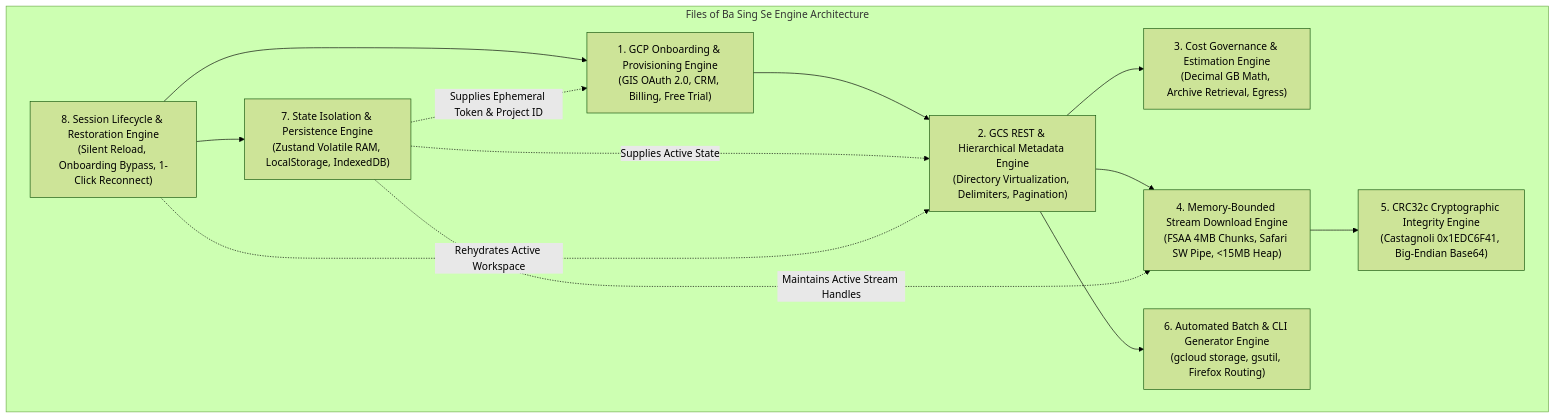
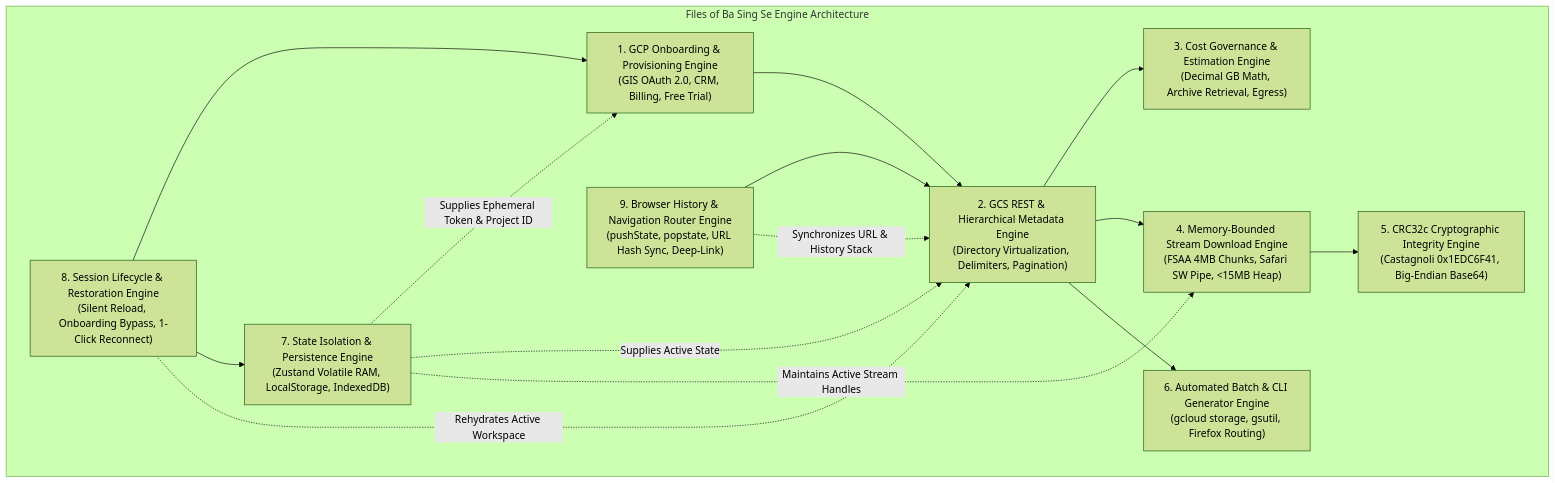
One commit to NovaLogicDev/FilesOfBaSingSe changed the first of 8 diagrams in docs/requirements/system_engines_design_specification.md. Above: the diagram before and after it, drawn with Mermaid (forest theme). The commit also changed other lines of this file and 10 other files, not shown here.

Commit message:
docs: add Module 11 Browser History API, URL routing & deep-linking specification

````diff
--- a/docs/requirements/system_engines_design_specification.md
+++ b/docs/requirements/system_engines_design_specification.md
@@ -10,25 +10,28 @@
 ```mermaid
 flowchart TD
     subgraph CoreEngines ["Files of Ba Sing Se Engine Architecture"]
         E1["1. GCP Onboarding & Provisioning Engine\n(GIS OAuth 2.0, CRM, Billing, Free Trial)"]
         E2["2. GCS REST & Hierarchical Metadata Engine\n(Directory Virtualization, Delimiters, Pagination)"]
         E3["3. Cost Governance & Estimation Engine\n(Decimal GB Math, Archive Retrieval, Egress)"]
         E4["4. Memory-Bounded Stream Download Engine\n(FSAA 4MB Chunks, Safari SW Pipe, <15MB Heap)"]
         E5["5. CRC32c Cryptographic Integrity Engine\n(Castagnoli 0x1EDC6F41, Big-Endian Base64)"]
         E6["6. Automated Batch & CLI Generator Engine\n(gcloud storage, gsutil, Firefox Routing)"]
         E7["7. State Isolation & Persistence Engine\n(Zustand Volatile RAM, LocalStorage, IndexedDB)"]
         E8["8. Session Lifecycle & Restoration Engine\n(Silent Reload, Onboarding Bypass, 1-Click Reconnect)"]
+        E9["9. Browser History & Navigation Router Engine\n(pushState, popstate, URL Hash Sync, Deep-Link)"]
     end
 
     E8 --> E1
     E8 --> E7
     E1 --> E2
+    E9 --> E2
     E2 --> E3
     E2 --> E4
     E4 --> E5
     E2 --> E6
     E7 -.->|"Supplies Ephemeral Token & Project ID"| E1
     E7 -.->|"Supplies Active State"| E2
     E7 -.->|"Maintains Active Stream Handles"| E4
     E8 -.->|"Rehydrates Active Workspace"| E2
+    E9 -.->|"Synchronizes URL & History Stack"| E2
 ```
````
